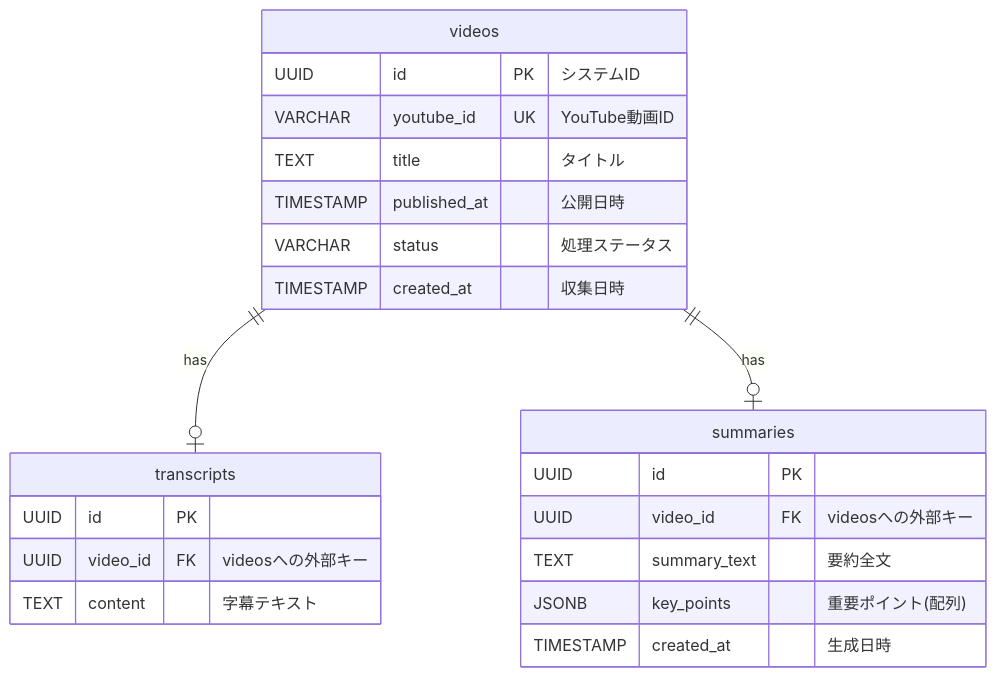
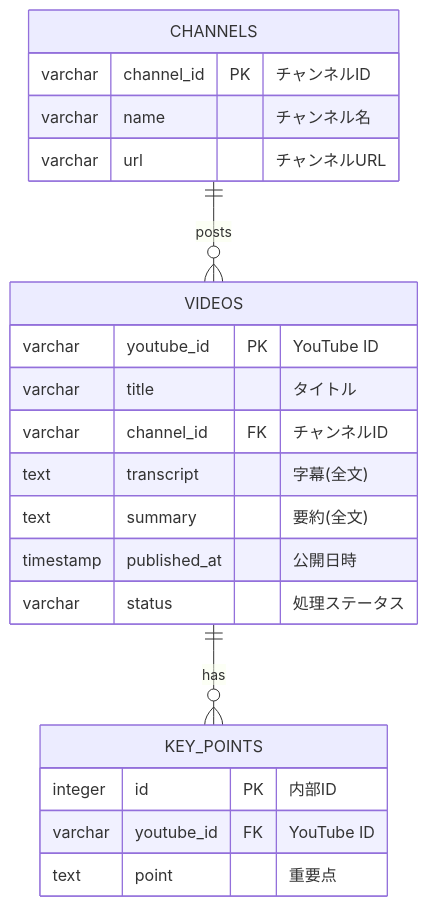
The second of 2 diagrams in docs/DESIGN.md (Seiya-Nakagawa/news_check), drawn with Mermaid before and after one commit. The commit also changed other lines of this file, not shown here.

````diff
--- a/docs/DESIGN.md
+++ b/docs/DESIGN.md
@@ -89,28 +103,27 @@
 ```mermaid
 erDiagram
-    videos ||--o| transcripts : "has"
-    videos ||--o| summaries : "has"
+    CHANNELS ||--o{ VIDEOS : "posts"
+    VIDEOS ||--o{ KEY_POINTS : "has"
 
-    videos {
-        UUID id PK "システムID"
-        VARCHAR youtube_id UK "YouTube動画ID"
-        TEXT title "タイトル"
-        TIMESTAMP published_at "公開日時"
-        VARCHAR status "処理ステータス"
-        TIMESTAMP created_at "収集日時"
+    CHANNELS {
+        varchar channel_id PK "チャンネルID"
+        varchar name "チャンネル名"
+        varchar url "チャンネルURL"
     }
 
-    transcripts {
-        UUID id PK
-        UUID video_id FK "videosへの外部キー"
-        TEXT content "字幕テキスト"
+    VIDEOS {
+        varchar youtube_id PK "YouTube ID"
+        varchar title "タイトル"
+        varchar channel_id FK "チャンネルID"
+        text transcript "字幕(全文)"
+        text summary "要約(全文)"
+        timestamp published_at "公開日時"
+        varchar status "処理ステータス"
     }
 
-    summaries {
-        UUID id PK
-        UUID video_id FK "videosへの外部キー"
-        TEXT summary_text "要約全文"
-        JSONB key_points "重要ポイント(配列)"
-        TIMESTAMP created_at "生成日時"
+    KEY_POINTS {
+        integer id PK "内部ID"
+        varchar youtube_id FK "YouTube ID"
+        text point "重要点"
     }
 ```
````
